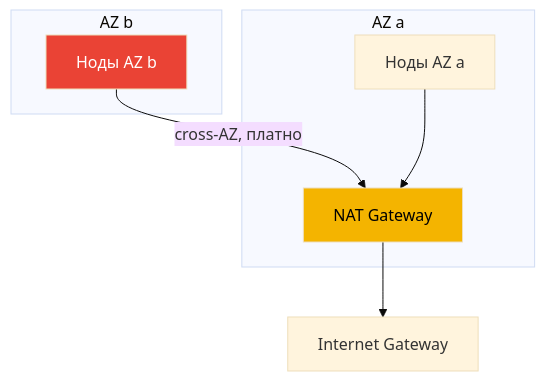
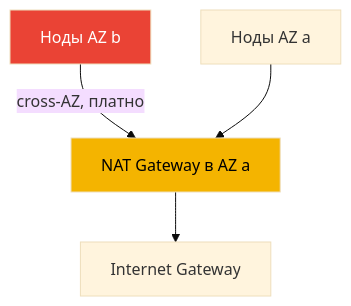
Before and after one commit to ViktorUJ/cks: the first of 2 diagrams in tasks/eks/course/31/ru.md, drawn with Mermaid (base theme). The commit also changed other lines of this file and 52 other files, not shown here.

````diff
--- a/tasks/eks/course/31/ru.md
+++ b/tasks/eks/course/31/ru.md
@@ -64,16 +64,8 @@
 ```mermaid
 flowchart TB
-    subgraph azb["AZ b"]
-      nodeb["Ноды AZ b"]
-    end
-    subgraph aza["AZ a"]
-      nodea["Ноды AZ a"]
-      nat["NAT Gateway"]
-    end
-    igw["Internet Gateway"]
-    nodeb -->|"cross-AZ, платно"| nat
-    nodea --> nat
-    nat --> igw
+    nodeb["Ноды AZ b"] -->|"cross-AZ, платно"| nat["NAT Gateway в AZ a"]
+    nodea["Ноды AZ a"] --> nat
+    nat --> igw["Internet Gateway"]
     style nat fill:#f4b400,color:#000
     style nodeb fill:#ea4335,color:#fff
 ```
````
